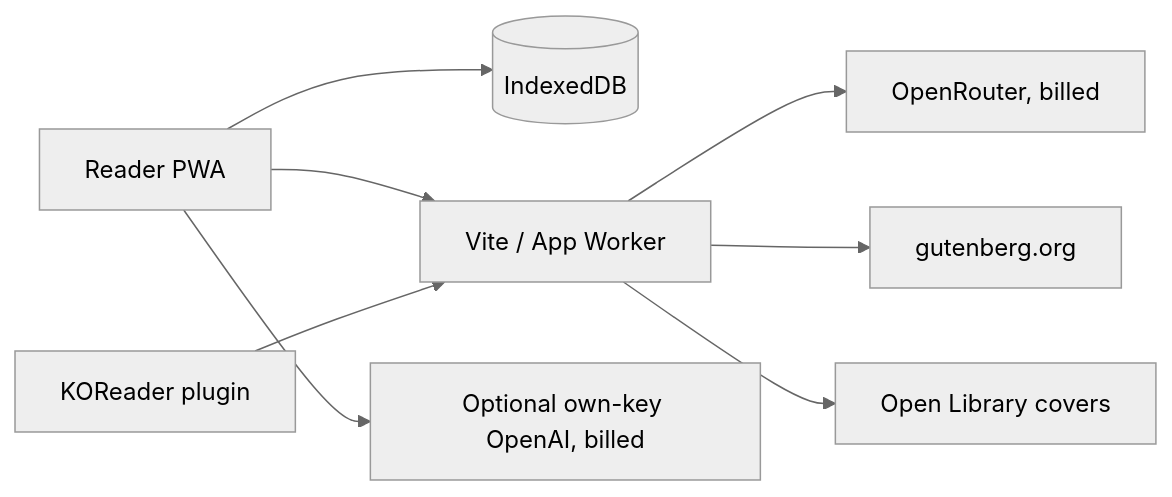
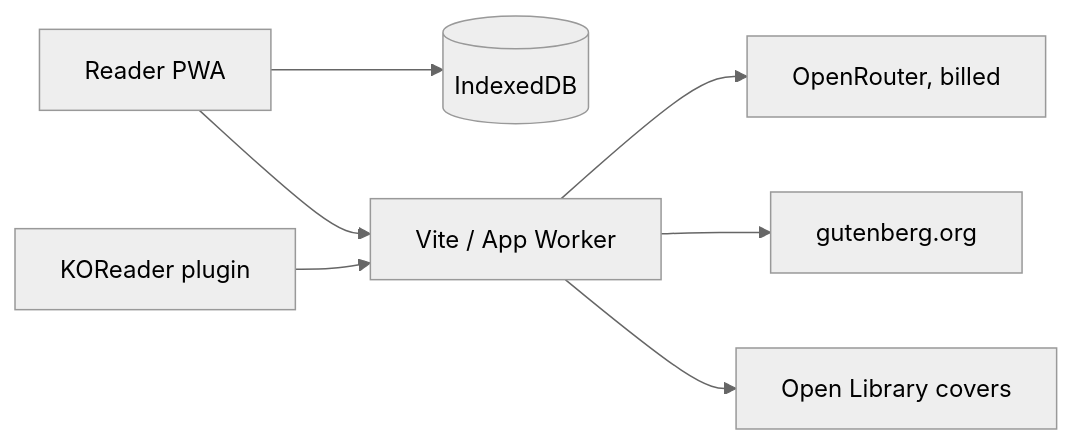
One commit to Agentic-Possible/Rami changed the diagram in docs/architecture.md. Above: the diagram before and after it, drawn with Mermaid (neutral theme). The commit also changed other lines of this file and 18 other files, not shown here.

First line of the commit message:
Remove the bring-your-own OpenAI key option

````diff
--- a/docs/architecture.md
+++ b/docs/architecture.md
@@ -34,10 +34,9 @@
 ```mermaid
 flowchart LR
   PWA[Reader PWA] --> IDB[(IndexedDB)]
   PWA --> Relay[Vite / App Worker]
   KO[KOReader plugin] --> Relay
   Relay --> OR[OpenRouter, billed]
   Relay --> PG[gutenberg.org]
   Relay --> OL[Open Library covers]
-  PWA --> OA[Optional own-key OpenAI, billed]
 ```
````
